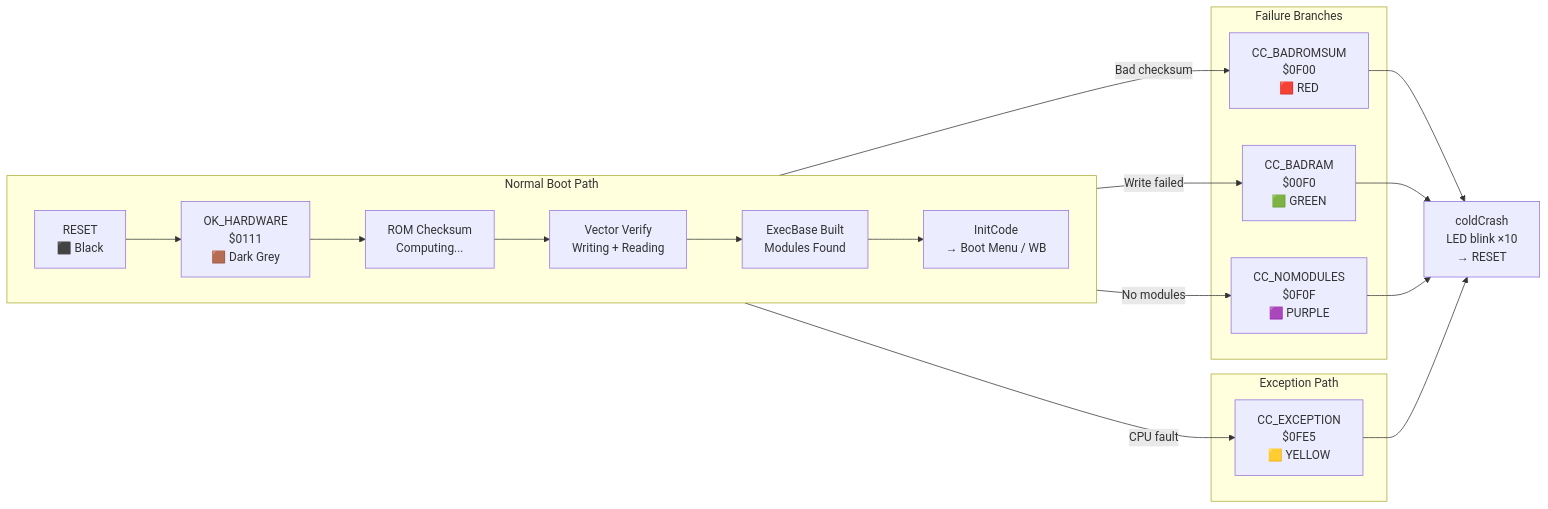
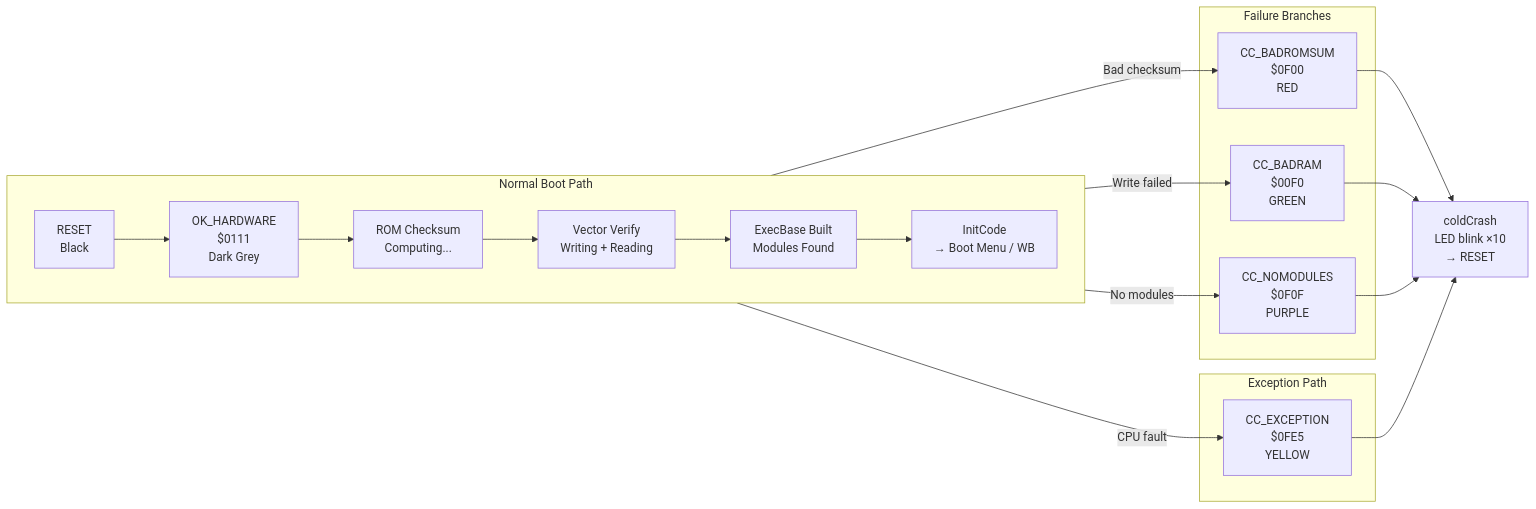
Before and after one commit to alfishe/amiga-bootcamp: the second of 8 diagrams in 02_boot_sequence/kickstart-boot-diagnostics.md, drawn with Mermaid. The commit also changed other lines of this file, not shown here.

````diff
--- a/02_boot_sequence/kickstart-boot-diagnostics.md
+++ b/02_boot_sequence/kickstart-boot-diagnostics.md
@@ -130,26 +153,26 @@
 ```mermaid
 graph LR
     subgraph "Normal Boot Path"
         direction LR
-        A["RESET<br/>⬛ Black"] --> B["OK_HARDWARE<br/>$0111<br/>🟫 Dark Grey"]
+        A["RESET<br/>Black"] --> B["OK_HARDWARE<br/>$0111<br/>Dark Grey"]
         B --> C["ROM Checksum<br/>Computing..."]
         C --> D["Vector Verify<br/>Writing + Reading"]
         D --> E["ExecBase Built<br/>Modules Found"]
         E --> F["InitCode<br/>→ Boot Menu / WB"]
     end
 
     subgraph "Failure Branches"
-        C -->|"Bad checksum"| R["CC_BADROMSUM<br/>$0F00<br/>🟥 RED"]
-        D -->|"Write failed"| G["CC_BADRAM<br/>$00F0<br/>🟩 GREEN"]
-        F -->|"No modules"| P["CC_NOMODULES<br/>$0F0F<br/>🟪 PURPLE"]
+        C -->|"Bad checksum"| R["CC_BADROMSUM<br/>$0F00<br/>RED"]
+        D -->|"Write failed"| G["CC_BADRAM<br/>$00F0<br/>GREEN"]
+        F -->|"No modules"| P["CC_NOMODULES<br/>$0F0F<br/>PURPLE"]
     end
 
     subgraph "Exception Path"
-        B -->|"CPU fault"| Y["CC_EXCEPTION<br/>$0FE5<br/>🟨 YELLOW"]
+        B -->|"CPU fault"| Y["CC_EXCEPTION<br/>$0FE5<br/>YELLOW"]
     end
 
     R --> CRASH["coldCrash<br/>LED blink ×10<br/>→ RESET"]
     G --> CRASH
     P --> CRASH
     Y --> CRASH
 ```
````
